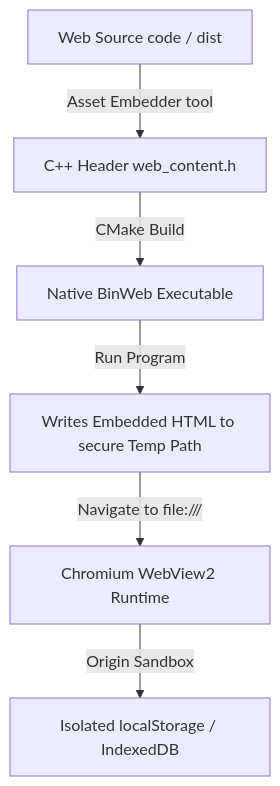
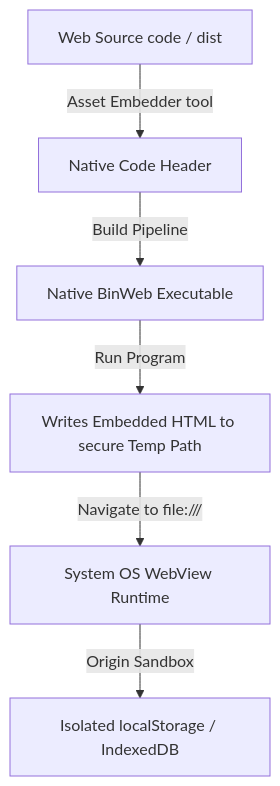
Before and after one commit to Yuvi-GD/BinWeb: the diagram in README.md, drawn with Mermaid. The commit also changed other lines of this file, not shown here.

````diff
--- a/README.md
+++ b/README.md
@@ -21,8 +20,9 @@
 ```mermaid
 graph TD
-    A[Web Source code / dist] -->|Asset Embedder tool| B[C++ Header web_content.h]
-    B -->|CMake Build| C[Native BinWeb Executable]
+    A[Web Source code / dist] -->|Asset Embedder tool| B[Native Code Header]
+    B -->|Build Pipeline| C[Native BinWeb Executable]
     C -->|Run Program| D[Writes Embedded HTML to secure Temp Path]
-    D -->|Navigate to file:///| E[Chromium WebView2 Runtime]
+    D -->|Navigate to file:///| E[System OS WebView Runtime]
     E -->|Origin Sandbox| F[Isolated localStorage / IndexedDB]
+
 ```
````
